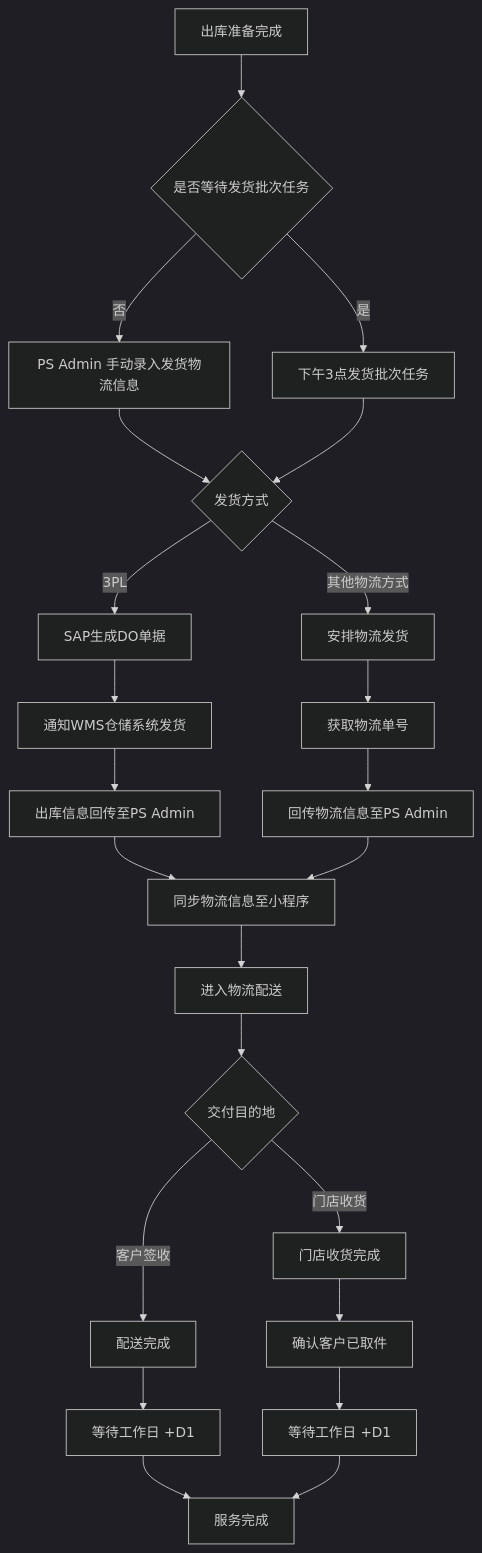
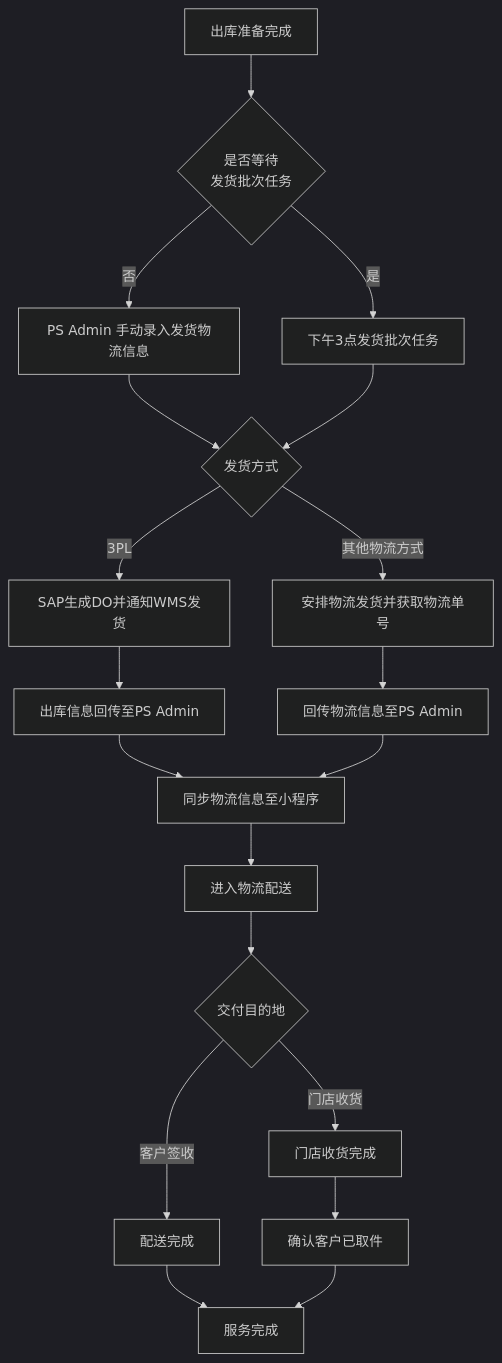
Before and after one commit to guguohai/gmps: the seventh of 36 diagrams in 文档/GM系统需求说明.md, drawn with Mermaid (dark theme). The commit also changed other lines of this file, not shown here.

````diff
--- a/文档/GM系统需求说明.md
+++ b/文档/GM系统需求说明.md
@@ -456,35 +456,31 @@
 ```mermaid
 flowchart TD
 
-A[出库准备完成] --> B{是否等待发货批次任务}
+A[出库准备完成] --> B{是否等待<br>发货批次任务}
 
 B -->|否| C[PS Admin 手动录入发货物流信息]
 B -->|是| D[下午3点发货批次任务]
 
 C --> E{发货方式}
 D --> E
 
-E -->|3PL| F[SAP生成DO单据]
-F --> G[通知WMS仓储系统发货]
-G --> H[出库信息回传至PS Admin]
+E -->|3PL| F[SAP生成DO并通知WMS发货]
+F --> G[出库信息回传至PS Admin]
 
-E -->|其他物流方式| I[安排物流发货]
-I --> J[获取物流单号]
-J --> K[回传物流信息至PS Admin]
+E -->|其他物流方式| H[安排物流发货并获取物流单号]
+H --> I[回传物流信息至PS Admin]
 
-H --> L[同步物流信息至小程序]
-K --> L
+G --> J[同步物流信息至小程序]
+I --> J
 
-L --> M[进入物流配送]
+J --> K[进入物流配送]
 
-M --> N{交付目的地}
+K --> L{交付目的地}
 
-N -->|客户签收| O[配送完成]
-O --> P[等待工作日 +D1]
-P --> Q[服务完成]
+L -->|客户签收| M[配送完成]
+M --> Q[服务完成]
 
-N -->|门店收货| R[门店收货完成]
-R --> S[确认客户已取件]
-S --> T[等待工作日 +D1]
-T --> Q
+L -->|门店收货| N[门店收货完成]
+N --> O[确认客户已取件]
+O --> Q
 ```
````
